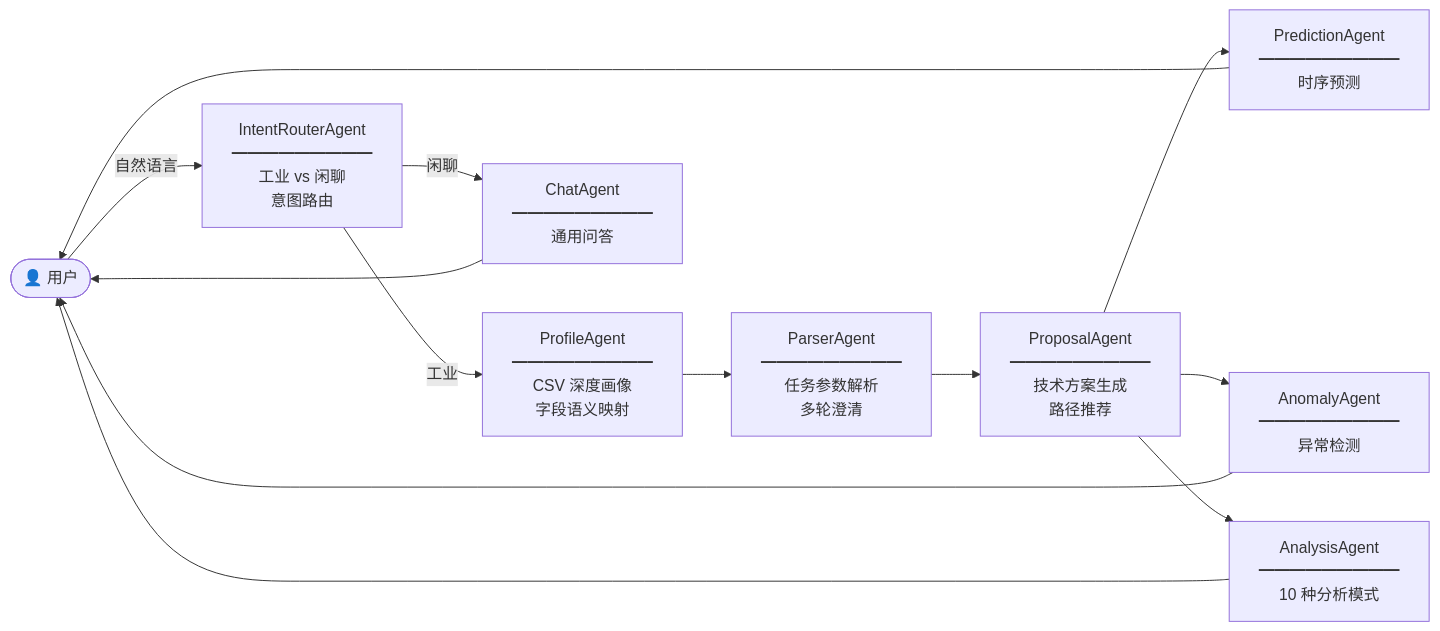
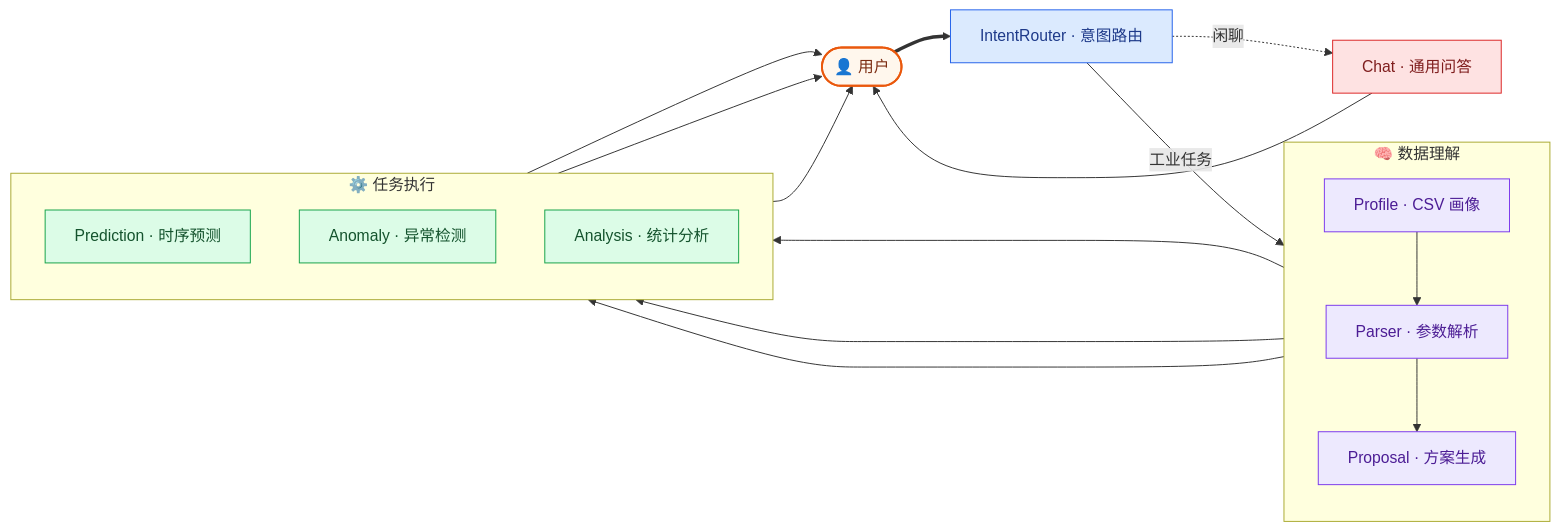
The second of 2 diagrams in README.md (wtj1999/Industrial_Time_Series_Agent), drawn with Mermaid before and after one commit. The commit also changed other lines of this file, not shown here.

````diff
--- a/README.md
+++ b/README.md
@@ -130,30 +140,38 @@
 ```mermaid
 flowchart LR
-    USER([👤 用户])
+    classDef user   fill:#fff7ed,stroke:#ea580c,color:#7c2d12,stroke-width:2px
+    classDef router fill:#dbeafe,stroke:#2563eb,color:#1e3a8a
+    classDef think  fill:#ede9fe,stroke:#7c3aed,color:#4c1d95
+    classDef exec   fill:#dcfce7,stroke:#16a34a,color:#14532d
+    classDef chat   fill:#fee2e2,stroke:#dc2626,color:#7f1d1d
 
-    ROUTER[IntentRouterAgent<br/>━━━━━━━━━<br/>工业 vs 闲聊<br/>意图路由]
+    USER([👤 用户]):::user
 
-    PROFILE[ProfileAgent<br/>━━━━━━━━━<br/>CSV 深度画像<br/>字段语义映射]
+    ROUTER[IntentRouter · 意图路由]:::router
 
-    PARSER[ParserAgent<br/>━━━━━━━━━<br/>任务参数解析<br/>多轮澄清]
+    subgraph U["🧠 数据理解"]
+        direction TB
+        PROFILE[Profile · CSV 画像]:::think
+        PARSER[Parser · 参数解析]:::think
+        PROPOSAL[Proposal · 方案生成]:::think
+    end
 
-    PROPOSAL[ProposalAgent<br/>━━━━━━━━━<br/>技术方案生成<br/>路径推荐]
+    subgraph E["⚙️ 任务执行"]
+        direction TB
+        PRED[Prediction · 时序预测]:::exec
+        AD[Anomaly · 异常检测]:::exec
+        ANALYSIS[Analysis · 统计分析]:::exec
+    end
 
-    PRED[PredictionAgent<br/>━━━━━━━━━<br/>时序预测]
-    AD[AnomalyAgent<br/>━━━━━━━━━<br/>异常检测]
-    ANALYSIS[AnalysisAgent<br/>━━━━━━━━━<br/>10 种分析模式]
-    CHAT[ChatAgent<br/>━━━━━━━━━<br/>通用问答]
+    CHAT[Chat · 通用问答]:::chat
 
-    USER -->|自然语言| ROUTER
-    ROUTER -->|工业| PROFILE
-    ROUTER -->|闲聊| CHAT
-    PROFILE --> PARSER
-    PARSER --> PROPOSAL
-    PROPOSAL --> PRED
-    PROPOSAL --> AD
-    PROPOSAL --> ANALYSIS
-    PRED --> USER
-    AD --> USER
-    ANALYSIS --> USER
-    CHAT --> USER
+    USER ==> ROUTER
+    ROUTER -->|工业任务| PROFILE
+    ROUTER -.->|闲聊| CHAT
+    PROFILE --> PARSER --> PROPOSAL
+    PROPOSAL --> PRED & AD & ANALYSIS
+    PRED      --> USER
+    AD        --> USER
+    ANALYSIS  --> USER
+    CHAT      --> USER
 ```
````
